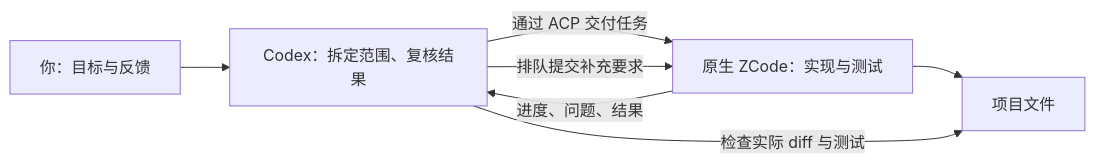
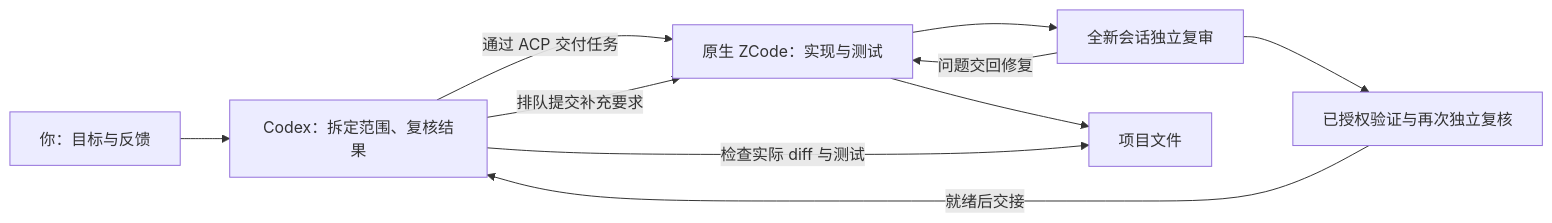
The diagram in README.zh-CN.md (linxiangpk1991/codex-zcode-tandem), drawn with Mermaid before and after one commit. The commit also changed other lines of this file and 42 other files, not shown here.

````diff
--- a/README.zh-CN.md
+++ b/README.zh-CN.md
@@ -60,9 +62,12 @@
 ```mermaid
 flowchart LR
   U["你：目标与反馈"] --> C["Codex：拆定范围、复核结果"]
   C -->|"通过 ACP 交付任务"| Z["原生 ZCode：实现与测试"]
-  Z -->|"进度、问题、结果"| C
+  Z --> R["全新会话独立复审"]
+  R -->|"问题交回修复"| Z
+  R --> V["已授权验证与再次独立复核"]
+  V -->|"就绪后交接"| C
   C -->|"排队提交补充要求"| Z
   Z --> F["项目文件"]
   C -->|"检查实际 diff 与测试"| F
 ```
````
